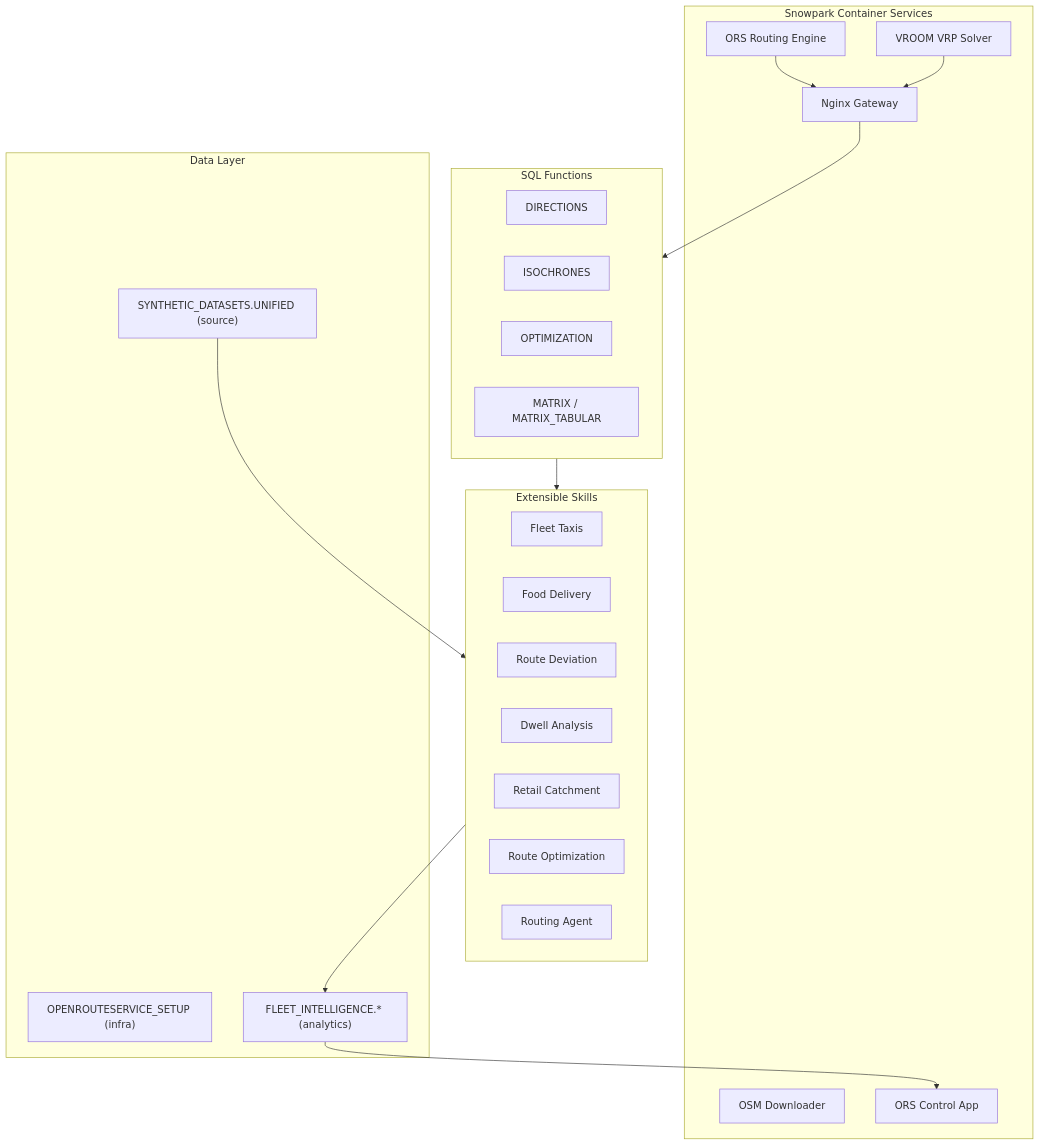
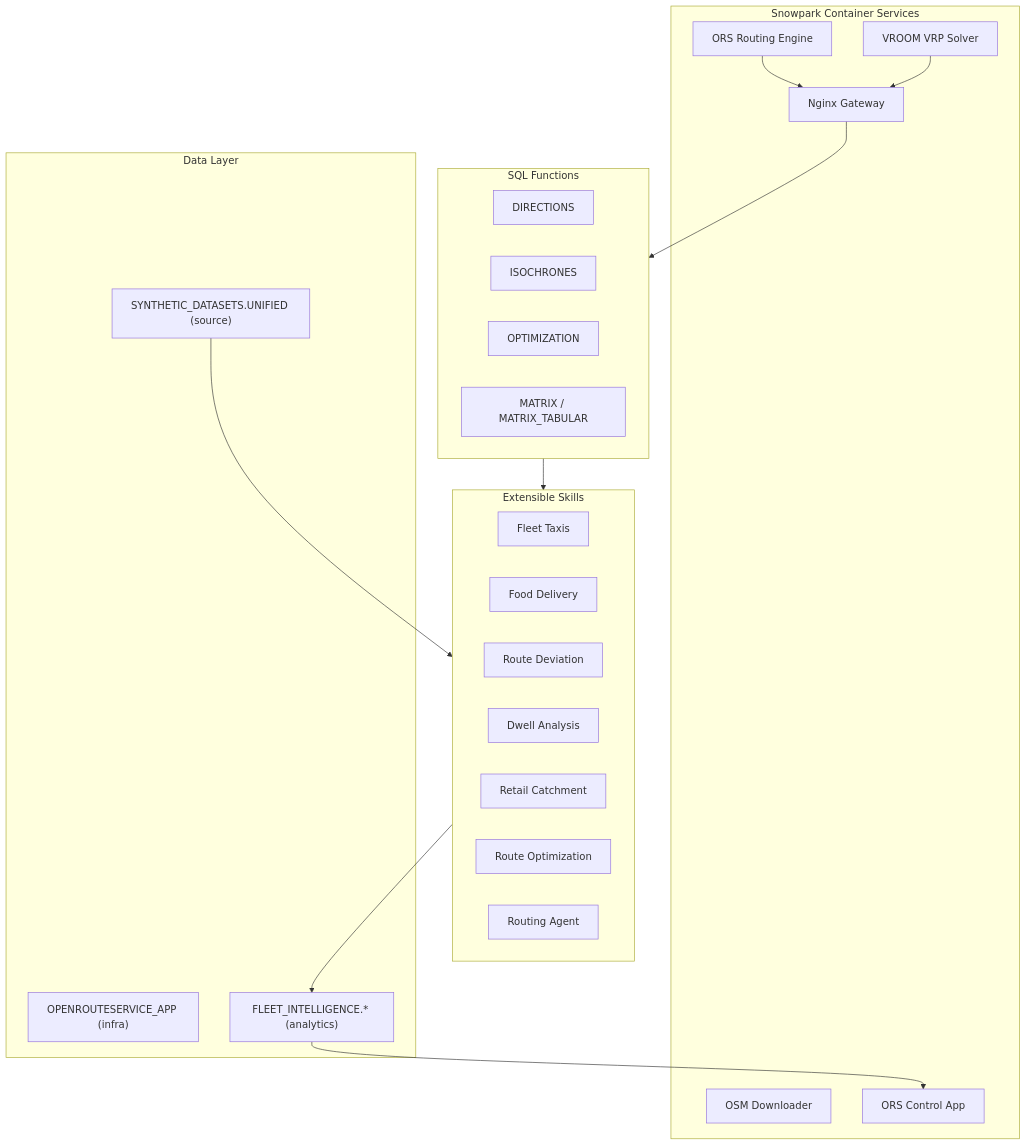
One commit to Snowflake-Labs/sfguide-create-a-route-optimisation-and-vehicle-route-plan-simulator changed the first of 3 diagrams in README.md. Above: the diagram before and after it, drawn with Mermaid. The commit also changed other lines of this file and 40 other files, not shown here.

````diff
--- a/README.md
+++ b/README.md
@@ -16,41 +16,41 @@
 ```mermaid
 graph TB
     subgraph spcs [Snowpark Container Services]
         ORS[ORS Routing Engine]
         VROOM[VROOM VRP Solver]
         GW[Nginx Gateway]
         DL[OSM Downloader]
         UI[ORS Control App]
     end
 
     subgraph functions [SQL Functions]
         DIR[DIRECTIONS]
         ISO[ISOCHRONES]
         OPT[OPTIMIZATION]
         MTX[MATRIX / MATRIX_TABULAR]
     end
 
     subgraph data [Data Layer]
-        SETUP["OPENROUTESERVICE_SETUP (infra)"]
+        SETUP["OPENROUTESERVICE_APP (infra)"]
         SYNTH["SYNTHETIC_DATASETS.UNIFIED (source)"]
         FI["FLEET_INTELLIGENCE.* (analytics)"]
     end
 
     subgraph skills [Extensible Skills]
         S1[Fleet Taxis]
         S2[Food Delivery]
         S3[Route Deviation]
         S4[Dwell Analysis]
         S5[Retail Catchment]
         S6[Route Optimization]
         S7[Routing Agent]
     end
 
     ORS --> GW
     VROOM --> GW
     GW --> functions
     functions --> skills
     SYNTH --> skills
     skills --> FI
     FI --> UI
 ```
````
